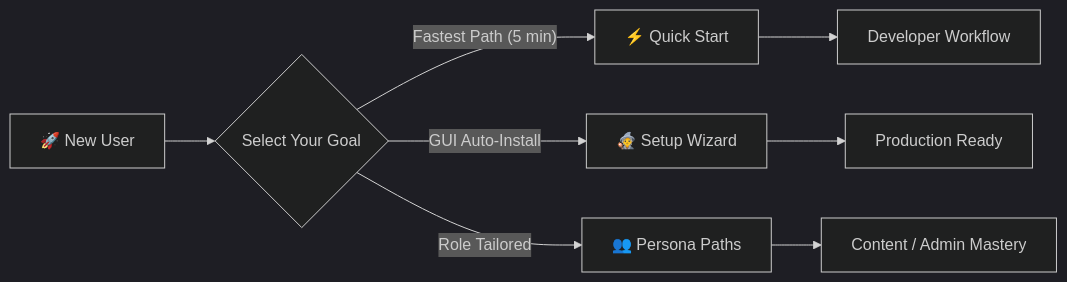
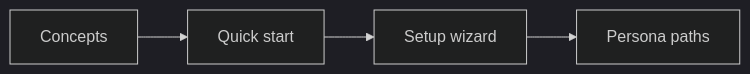
The diagram in docs/onboarding/index.mdx (SveltyCMS/SveltyCMS), drawn with Mermaid (dark theme) before and after one commit. The commit also changed other lines of this file and 188 other files, not shown here.

````diff
--- a/docs/onboarding/index.mdx
+++ b/docs/onboarding/index.mdx
@@ -21,11 +21,6 @@
 ```mermaid
-graph LR
-    Start["🚀 New User"] --> Choice{"Select Your Goal"}
-    Choice -->|"Fastest Path (5 min)"| Quick["⚡ Quick Start"]
-    Choice -->|"GUI Auto-Install"| Wizard["🧙 Setup Wizard"]
-    Choice -->|"Role Tailored"| Roles["👥 Persona Paths"]
-
-    Quick --> Dev["Developer Workflow"]
-    Wizard --> Ready["Production Ready"]
-    Roles --> Tailored["Content / Admin Mastery"]
+flowchart LR
+    Concepts["Concepts"] --> Quick["Quick start"]
+    Quick --> Wizard["Setup wizard"]
+    Wizard --> Roles["Persona paths"]
 ```
````
